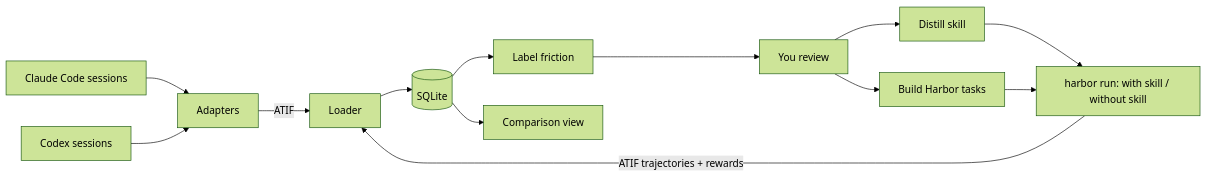
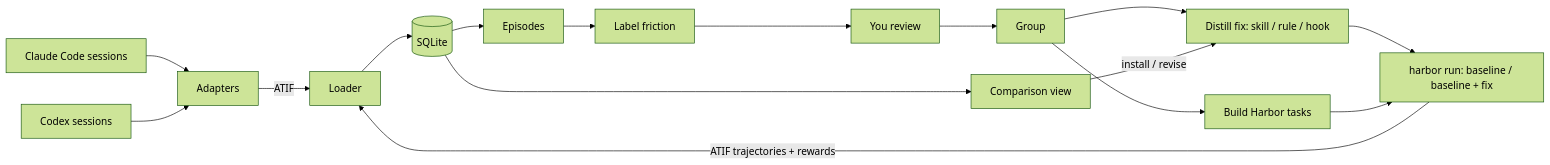
The diagram in docs/spec.md (adrianliu/fastapi-react), drawn with Mermaid (forest theme) before and after one commit. The commit also changed other lines of this file, not shown here.

First line of the commit message:
Revise spec to draft 4: rename to Hindcast, fix formats and gaps

````diff
--- a/docs/spec.md
+++ b/docs/spec.md
@@ -14,15 +30,18 @@
 ```mermaid
 flowchart LR
   CC[Claude Code sessions] --> AD[Adapters]
   CX[Codex sessions] --> AD
   AD -- ATIF --> LD[Loader]
   LD --> DB[(SQLite)]
-  DB --> LAB[Label friction]
+  DB --> EP[Episodes]
+  EP --> LAB[Label friction]
   LAB --> REV[You review]
-  REV --> SK[Distill skill]
-  REV --> TK[Build Harbor tasks]
-  SK --> RUN
-  TK --> RUN[harbor run: with skill / without skill]
+  REV --> GRP[Group]
+  GRP --> FIX[Distill fix: skill / rule / hook]
+  GRP --> TK[Build Harbor tasks]
+  FIX --> RUN
+  TK --> RUN[harbor run: baseline / baseline + fix]
   RUN -- ATIF trajectories + rewards --> LD
   DB --> CMP[Comparison view]
+  CMP -- install / revise --> FIX
 ```
````
